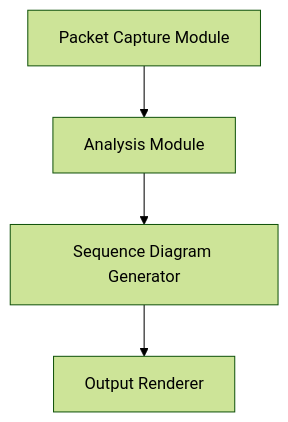
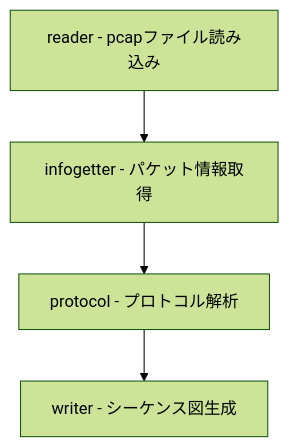
The first of 2 diagrams in packet_seaquence/docs/jp/design.md (off4321/tools), drawn with Mermaid (forest theme) before and after one commit. The commit also changed other lines of this file and 90 other files, not shown here.

````diff
--- a/packet_seaquence/docs/jp/design.md
+++ b/packet_seaquence/docs/jp/design.md
@@ -9,6 +9,6 @@
 ```mermaid
 graph TD
-    A[Packet Capture Module] --> B[Analysis Module]
-    B --> C[Sequence Diagram Generator]
-    C --> D[Output Renderer]
+    A[reader - pcapファイル読み込み] --> B[infogetter - パケット情報取得]
+    B --> C[protocol - プロトコル解析]
+    C --> D[writer - シーケンス図生成]
 ```
````
